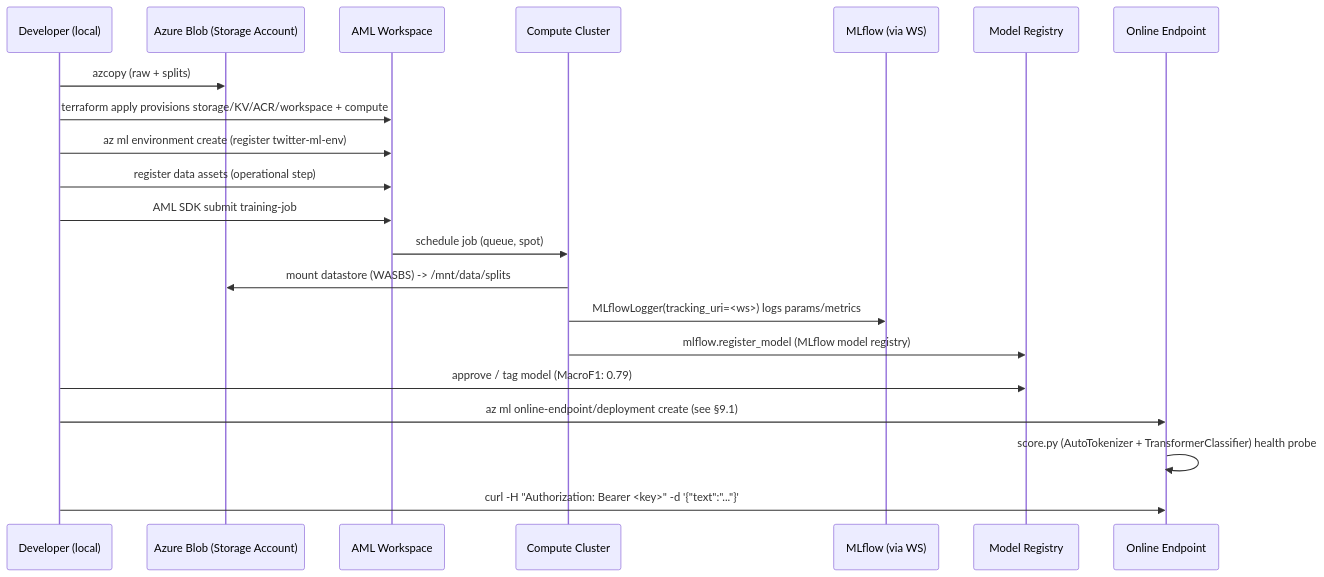
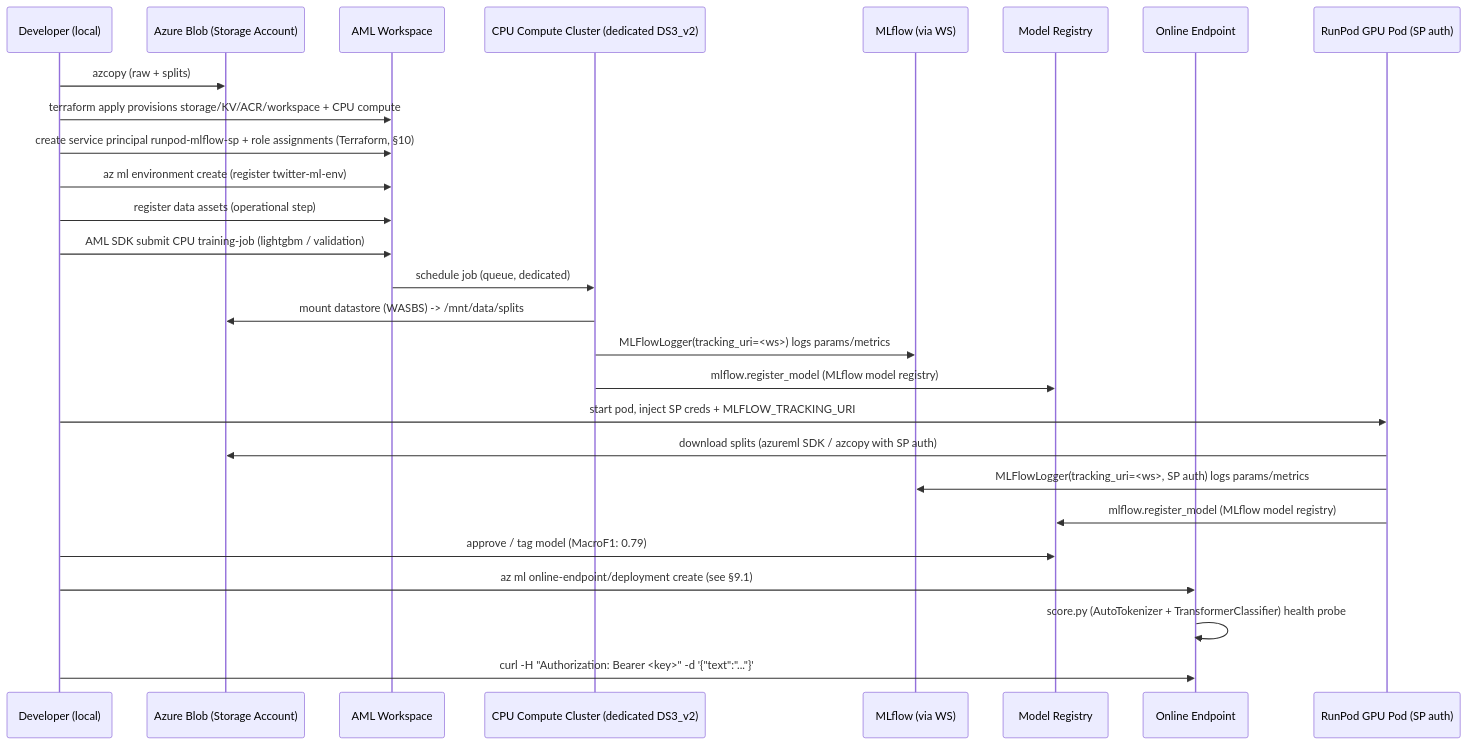
The second of 2 diagrams in docs/azure-infrastructure-plan.md (michaelschott00/twitter-sentiment-analysis), drawn with Mermaid before and after one commit. The commit also changed other lines of this file, not shown here.

````diff
--- a/docs/azure-infrastructure-plan.md
+++ b/docs/azure-infrastructure-plan.md
@@ -78,24 +90,30 @@
 ```mermaid
 sequenceDiagram
     participant Dev as Developer (local)
     participant SA as Azure Blob (Storage Account)
     participant WS as AML Workspace
-    participant CC as Compute Cluster
+    participant CC as CPU Compute Cluster (dedicated DS3_v2)
     participant ML as MLflow (via WS)
     participant REG as Model Registry
     participant EP as Online Endpoint
+    participant RP as RunPod GPU Pod (SP auth)
 
     Dev->>SA: azcopy (raw + splits)
-    Dev->>WS: terraform apply provisions storage/KV/ACR/workspace + compute
+    Dev->>WS: terraform apply provisions storage/KV/ACR/workspace + CPU compute
+    Dev->>WS: create service principal runpod-mlflow-sp + role assignments (Terraform, §10)
     Dev->>WS: az ml environment create (register twitter-ml-env)
     Dev->>WS: register data assets (operational step)
-    Dev->>WS: AML SDK submit training-job
-    WS->>CC: schedule job (queue, spot)
+    Dev->>WS: AML SDK submit CPU training-job (lightgbm / validation)
+    WS->>CC: schedule job (queue, dedicated)
     CC->>SA: mount datastore (WASBS) -> /mnt/data/splits
-    CC->>ML: MLflowLogger(tracking_uri=<ws>) logs params/metrics
+    CC->>ML: MLFlowLogger(tracking_uri=<ws>) logs params/metrics
     CC->>REG: mlflow.register_model (MLflow model registry)
+    Dev->>RP: start pod, inject SP creds + MLFLOW_TRACKING_URI
+    RP->>SA: download splits (azureml SDK / azcopy with SP auth)
+    RP->>ML: MLFlowLogger(tracking_uri=<ws>, SP auth) logs params/metrics
+    RP->>REG: mlflow.register_model (MLflow model registry)
     Dev->>REG: approve / tag model (MacroF1: 0.79)
     Dev->>EP: az ml online-endpoint/deployment create (see §9.1)
     EP->>EP: score.py (AutoTokenizer + TransformerClassifier) health probe
     Dev->>EP: curl -H "Authorization: Bearer <key>" -d '{"text":"..."}'
 ```
````
